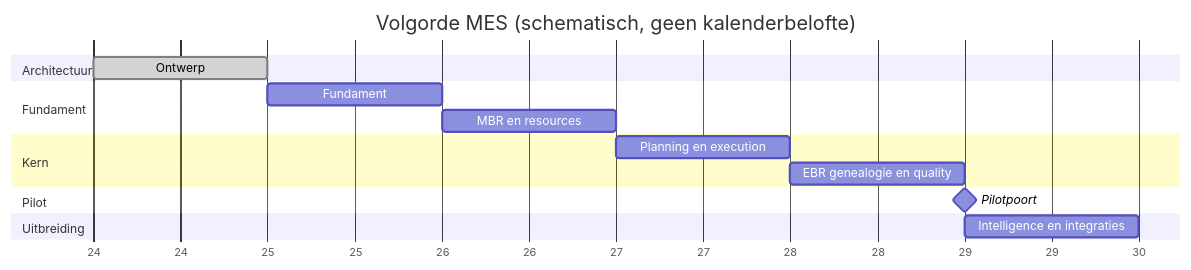
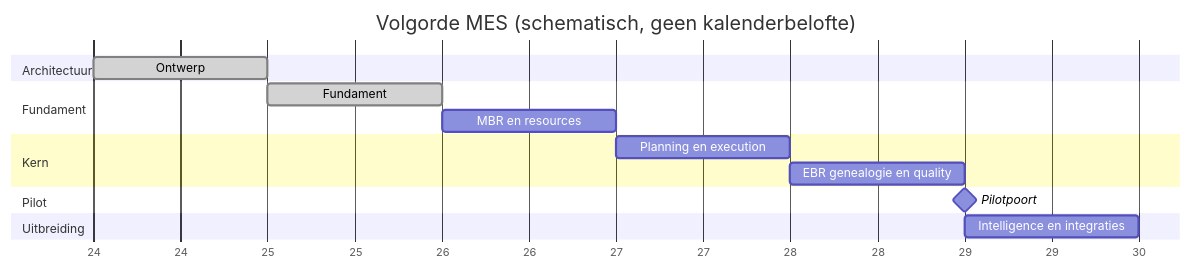
The diagram in ROADMAP.md (Gertjun/Manufacturing-Execution-System), drawn with Mermaid before and after one commit. The commit also changed other lines of this file and 17 other files, not shown here.

````diff
--- a/ROADMAP.md
+++ b/ROADMAP.md
@@ -9,18 +9,18 @@
 ```mermaid
 gantt
     title Volgorde MES (schematisch, geen kalenderbelofte)
     dateFormat YYYY-MM-DD
     axisFormat %d
     section Architectuur
     Ontwerp :done, a, 2026-11-24, 1d
     section Fundament
-    Fundament :b, after a, 1d
+    Fundament :done, b, after a, 1d
     MBR en resources :c, after b, 1d
     section Kern
     Planning en execution :d, after c, 1d
     EBR genealogie en quality :e, after d, 1d
     section Pilot
     Pilotpoort :milestone, f, after e, 0d
     section Uitbreiding
     Intelligence en integraties :g, after f, 1d
 ```
````
